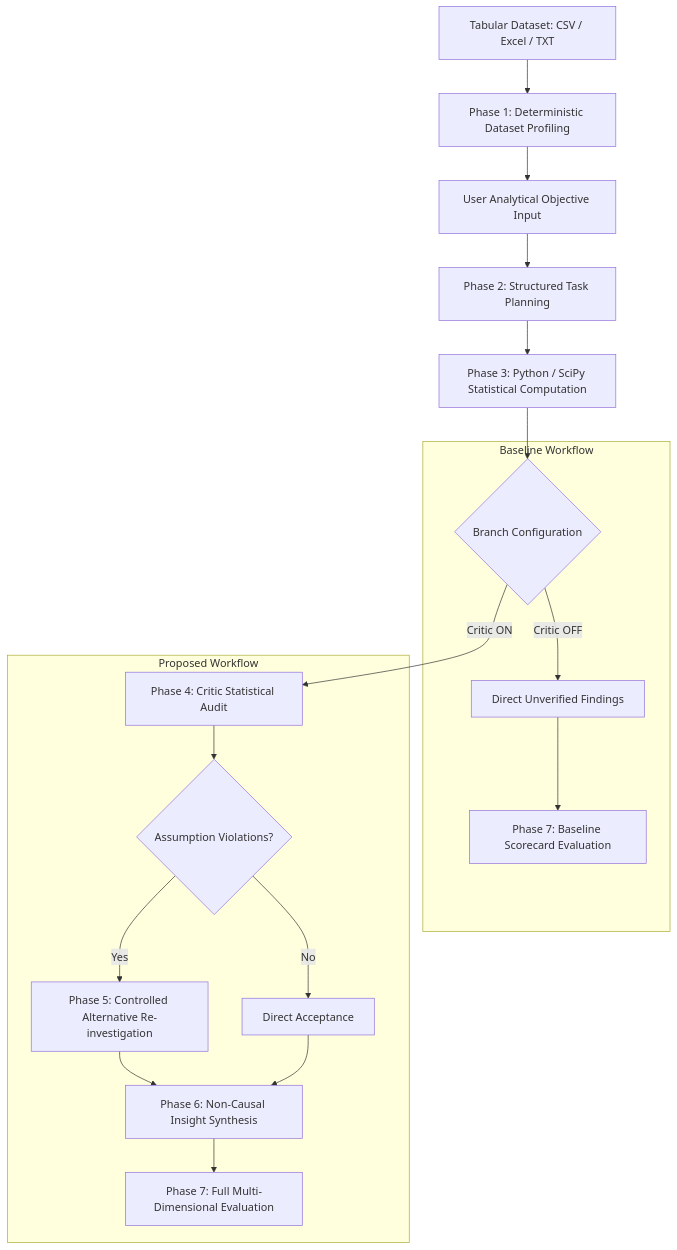
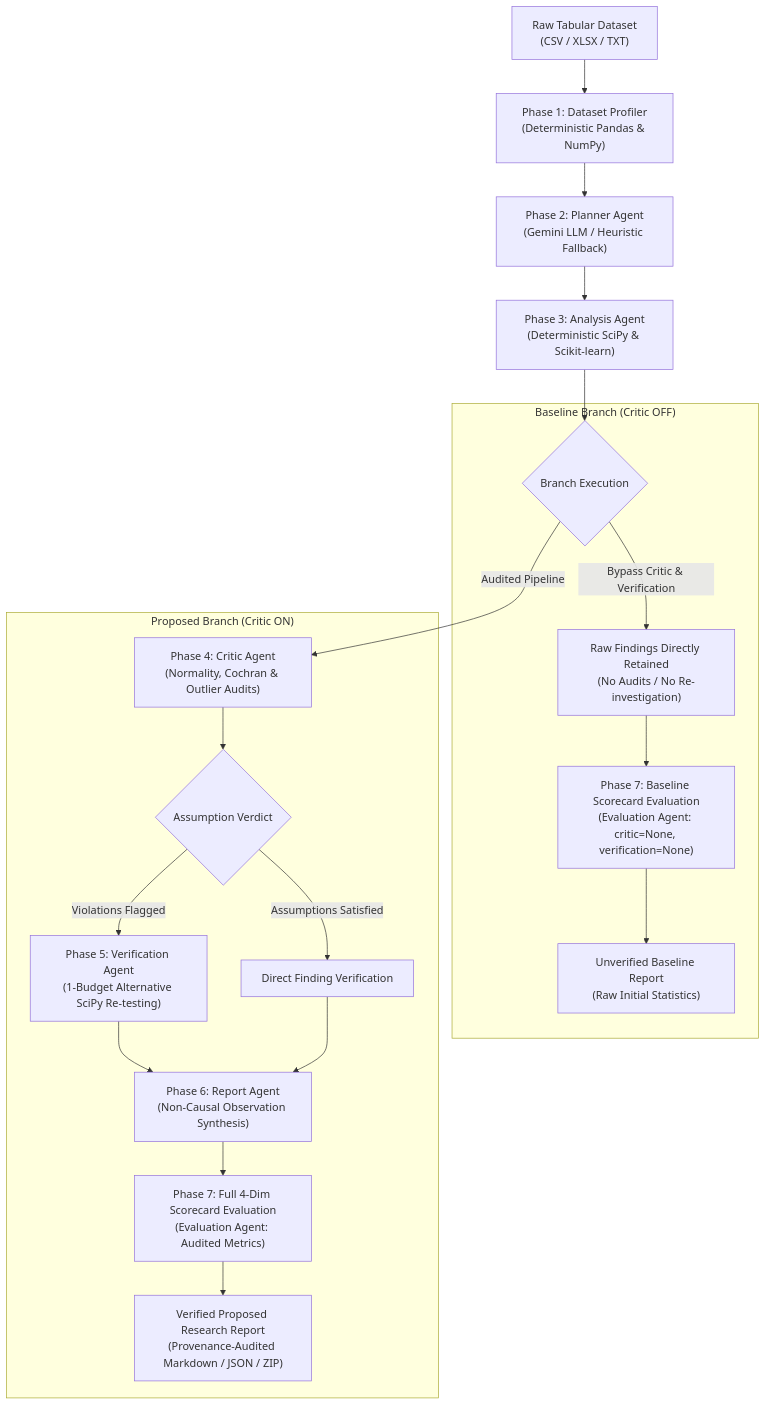
One commit to nithya12-star/DataInvest-AI changed the first of 2 diagrams in README.md. Above: the diagram before and after it, drawn with Mermaid. The commit also changed other lines of this file, not shown here.

Commit message:
Update project README and research documentation

````diff
--- a/README.md
+++ b/README.md
@@ -105,23 +97,25 @@
 ```mermaid
 flowchart TD
-    A[Tabular Dataset: CSV / Excel / TXT] --> B[Phase 1: Deterministic Dataset Profiling]
-    B --> C[User Analytical Objective Input]
-    C --> D[Phase 2: Structured Task Planning]
-    D --> E[Phase 3: Python / SciPy Statistical Computation]
-    E --> F{Branch Configuration}
-    
-    subgraph Baseline Workflow
-        F -->|Critic OFF| G[Direct Unverified Findings]
-        G --> H[Phase 7: Baseline Scorecard Evaluation]
+    A["Raw Tabular Dataset<br/>(CSV / XLSX / TXT)"] --> B["Phase 1: Dataset Profiler<br/>(Deterministic Pandas & NumPy)"]
+    B --> C["Phase 2: Planner Agent<br/>(Gemini LLM / Heuristic Fallback)"]
+    C --> D["Phase 3: Analysis Agent<br/>(Deterministic SciPy & Scikit-learn)"]
+
+    D --> E{"Branch Execution"}
+
+    subgraph Baseline ["Baseline Branch (Critic OFF)"]
+        E -->|Bypass Critic & Verification| F["Raw Findings Directly Retained<br/>(No Audits / No Re-investigation)"]
+        F --> G["Phase 7: Baseline Scorecard Evaluation<br/>(Evaluation Agent: critic=None, verification=None)"]
+        G --> H["Unverified Baseline Report<br/>(Raw Initial Statistics)"]
     end
 
-    subgraph Proposed Workflow
-        F -->|Critic ON| I[Phase 4: Critic Statistical Audit]
-        I --> J{Assumption Violations?}
-        J -- Yes --> K[Phase 5: Controlled Alternative Re-investigation]
-        J -- No --> L[Direct Acceptance]
-        K --> M[Phase 6: Non-Causal Insight Synthesis]
+    subgraph Proposed ["Proposed Branch (Critic ON)"]
+        E -->|Audited Pipeline| I["Phase 4: Critic Agent<br/>(Normality, Cochran & Outlier Audits)"]
+        I --> J{"Assumption Verdict"}
+        J -->|Violations Flagged| K["Phase 5: Verification Agent<br/>(1-Budget Alternative SciPy Re-testing)"]
+        J -->|Assumptions Satisfied| L["Direct Finding Verification"]
+        K --> M["Phase 6: Report Agent<br/>(Non-Causal Observation Synthesis)"]
         L --> M
-        M --> N[Phase 7: Full Multi-Dimensional Evaluation]
+        M --> N["Phase 7: Full 4-Dim Scorecard Evaluation<br/>(Evaluation Agent: Audited Metrics)"]
+        N --> O["Verified Proposed Research Report<br/>(Provenance-Audited Markdown / JSON / ZIP)"]
     end
 ```
````
